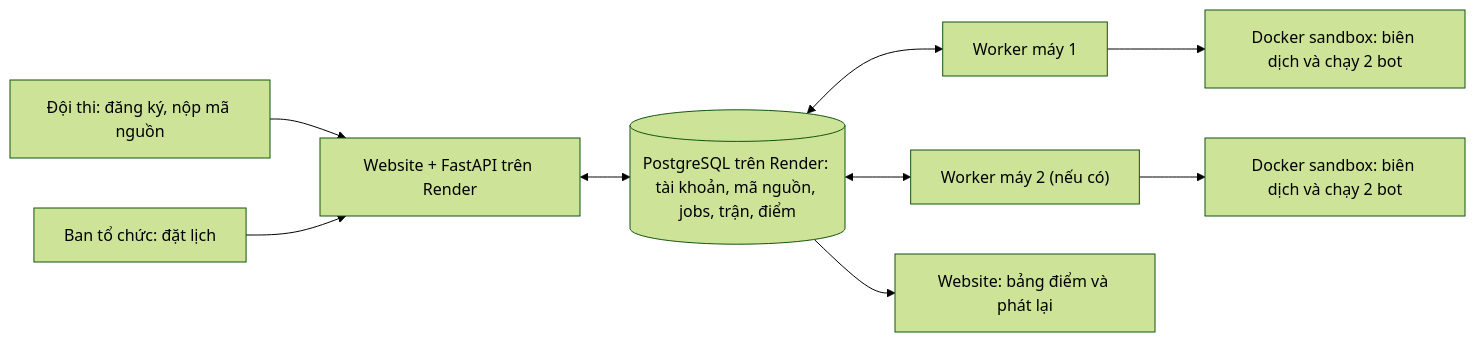
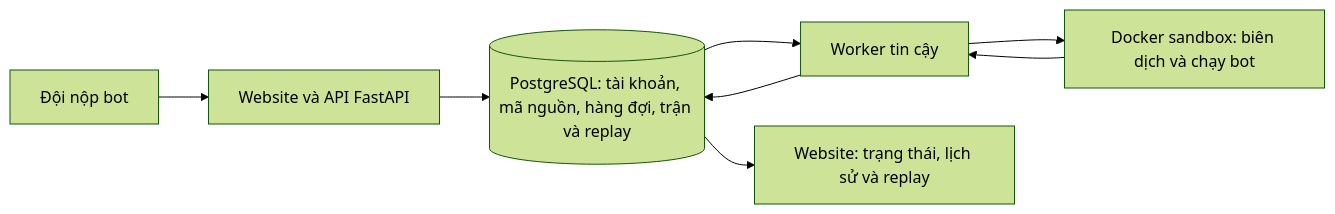
Before and after one commit to Ppt05/Laptrinhmang_G8: the diagram in README.md, drawn with Mermaid (forest theme). The commit also changed other lines of this file, not shown here.

````diff
--- a/README.md
+++ b/README.md
@@ -18,11 +39,10 @@
 ```mermaid
 flowchart LR
-    Team["Đội thi: đăng ký, nộp mã nguồn"] --> Web["Website + FastAPI trên Render"]
-    Admin["Ban tổ chức: đặt lịch"] --> Web
-    Web <--> DB[("PostgreSQL trên Render: tài khoản, mã nguồn, jobs, trận, điểm")]
-    DB <--> W1["Worker máy 1"]
-    DB <--> W2["Worker máy 2 (nếu có)"]
-    W1 --> S1["Docker sandbox: biên dịch và chạy 2 bot"]
-    W2 --> S2["Docker sandbox: biên dịch và chạy 2 bot"]
-    DB --> Replay["Website: bảng điểm và phát lại"]
+    Team[Đội nộp bot] --> Web[Website và API FastAPI]
+    Web --> DB[(PostgreSQL: tài khoản, mã nguồn, hàng đợi, trận và replay)]
+    DB --> Worker[Worker tin cậy]
+    Worker --> Sandbox[Docker sandbox: biên dịch và chạy bot]
+    Sandbox --> Worker
+    Worker --> DB
+    DB --> Site[Website: trạng thái, lịch sử và replay]
 ```
````
